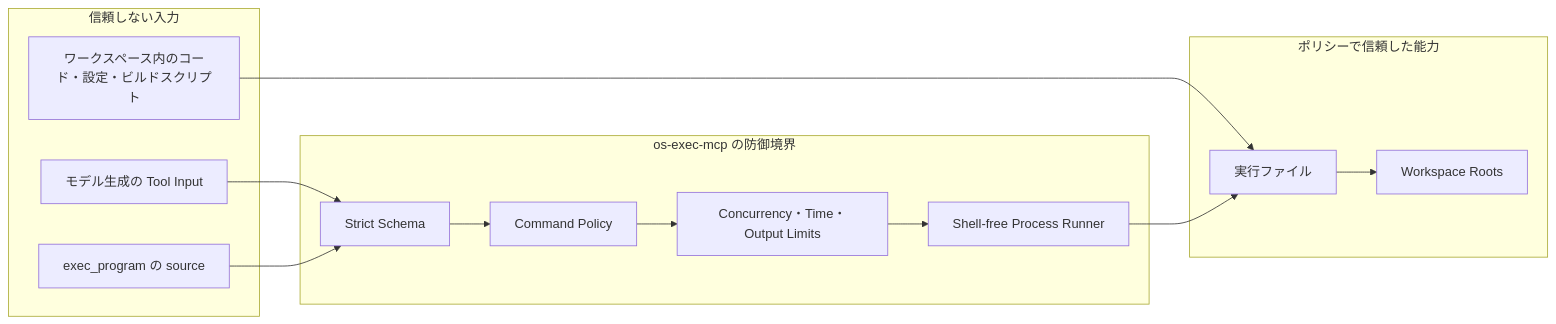
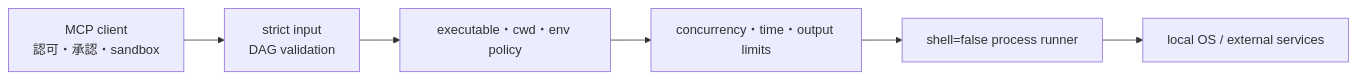
Before and after one commit to kimata1007/os-exec-mcp: the diagram in docs/security-model.md, drawn with Mermaid. The commit also changed other lines of this file and 20 other files, not shown here.

````diff
--- a/docs/security-model.md
+++ b/docs/security-model.md
@@ -35,29 +9,8 @@
 ```mermaid
 flowchart LR
-    subgraph Untrusted["信頼しない入力"]
-        Model["モデル生成の Tool Input"]
-        Program["exec_program の source"]
-        Repo["ワークスペース内のコード・設定・ビルドスクリプト"]
-    end
-
-    subgraph Boundary["os-exec-mcp の防御境界"]
-        Schema["Strict Schema"]
-        Policy["Command Policy"]
-        Limits["Concurrency・Time・Output Limits"]
-        Runner["Shell-free Process Runner"]
-    end
-
-    subgraph TrustedByConfig["ポリシーで信頼した能力"]
-        Binary["実行ファイル"]
-        Workspace["Workspace Roots"]
-    end
-
-    Model --> Schema
-    Program --> Schema
-    Repo --> Binary
-    Schema --> Policy
-    Policy --> Limits
-    Limits --> Runner
-    Runner --> Binary
-    Binary --> Workspace
+    Client["MCP client\n認可・承認・sandbox"] --> Schema["strict input\nDAG validation"]
+    Schema --> Policy["executable・cwd・env policy"]
+    Policy --> Limits["concurrency・time・output limits"]
+    Limits --> Runner["shell=false process runner"]
+    Runner --> OS["local OS / external services"]
 ```
````
